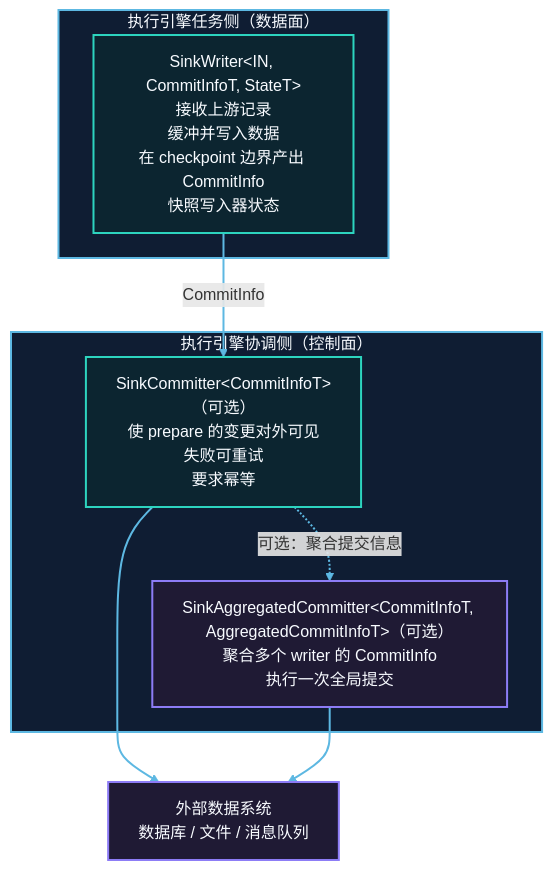
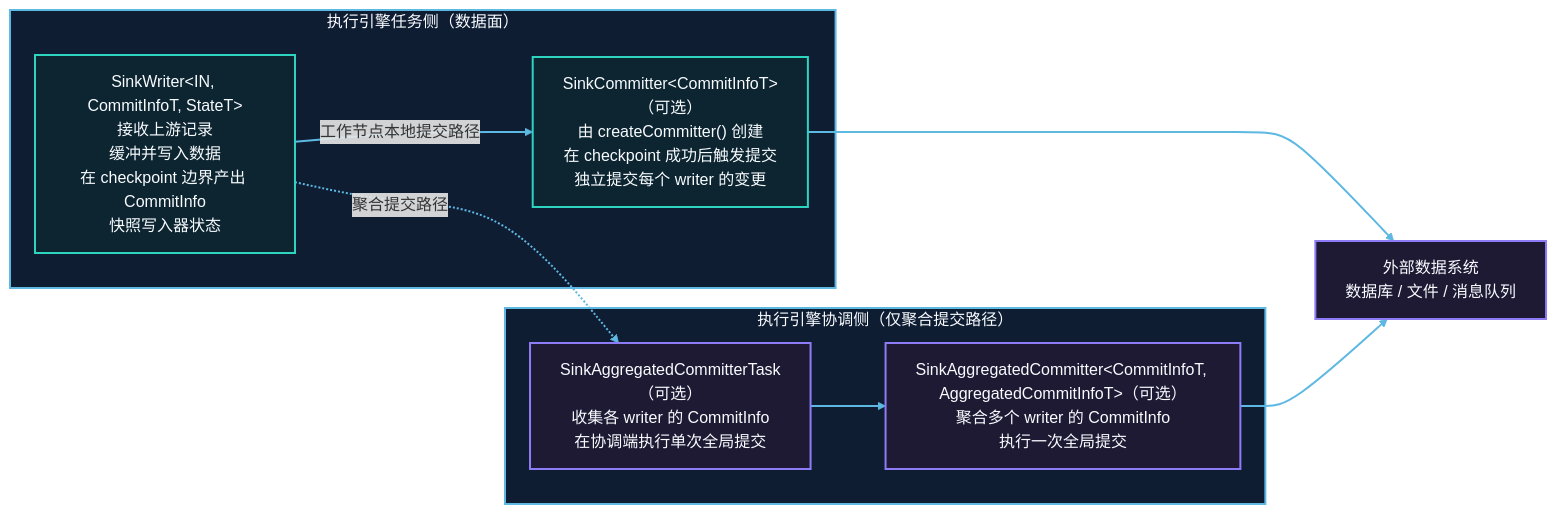
One commit to apache/seatunnel changed the first of 3 diagrams in docs/zh/architecture/api-design/sink-architecture.md. Above: the diagram before and after it, drawn with Mermaid. The commit also changed 5 other files, not shown here.

Commit message:
[Docs] Fix architecture diagram semantics

````diff
--- a/docs/zh/architecture/api-design/sink-architecture.md
+++ b/docs/zh/architecture/api-design/sink-architecture.md
@@ -42,27 +42,29 @@
 ```mermaid
-flowchart TD
+flowchart LR
     subgraph worker["执行引擎任务侧（数据面）"]
         writer["SinkWriter&lt;IN, CommitInfoT, StateT&gt;<br/>接收上游记录<br/>缓冲并写入数据<br/>在 checkpoint 边界产出 CommitInfo<br/>快照写入器状态"]
+        committer["SinkCommitter&lt;CommitInfoT&gt;（可选）<br/>由 createCommitter() 创建<br/>在 checkpoint 成功后触发提交<br/>独立提交每个 writer 的变更"]
     end
 
-    subgraph coordinator["执行引擎协调侧（控制面）"]
-        committer["SinkCommitter&lt;CommitInfoT&gt;（可选）<br/>使 prepare 的变更对外可见<br/>失败可重试<br/>要求幂等"]
+    subgraph coordinator["执行引擎协调侧（仅聚合提交路径）"]
+        aggregatedTask["SinkAggregatedCommitterTask（可选）<br/>收集各 writer 的 CommitInfo<br/>在协调端执行单次全局提交"]
         aggregated["SinkAggregatedCommitter&lt;CommitInfoT, AggregatedCommitInfoT&gt;（可选）<br/>聚合多个 writer 的 CommitInfo<br/>执行一次全局提交"]
     end
 
     sink["外部数据系统<br/>数据库 / 文件 / 消息队列"]
 
-    writer -- "CommitInfo" --> committer
+    writer -- "工作节点本地提交路径" --> committer
     committer --> sink
-    committer -. "可选：聚合提交信息" .-> aggregated
+    writer -. "聚合提交路径" .-> aggregatedTask
+    aggregatedTask --> aggregated
     aggregated --> sink
 
     classDef layerBlue fill:#0f1d33,stroke:#5db8e2,stroke-width:2px,color:#f8fbff;
     classDef layerCyan fill:#0c2530,stroke:#2dd4bf,stroke-width:2px,color:#f8fbff;
     classDef layerPurple fill:#1f1a34,stroke:#8d7cf6,stroke-width:2px,color:#f8fbff;
 
     class worker,coordinator layerBlue;
     class writer,committer layerCyan;
-    class aggregated,sink layerPurple;
+    class aggregatedTask,aggregated,sink layerPurple;
     linkStyle default stroke:#5db8e2,stroke-width:2px;
 ```
````
